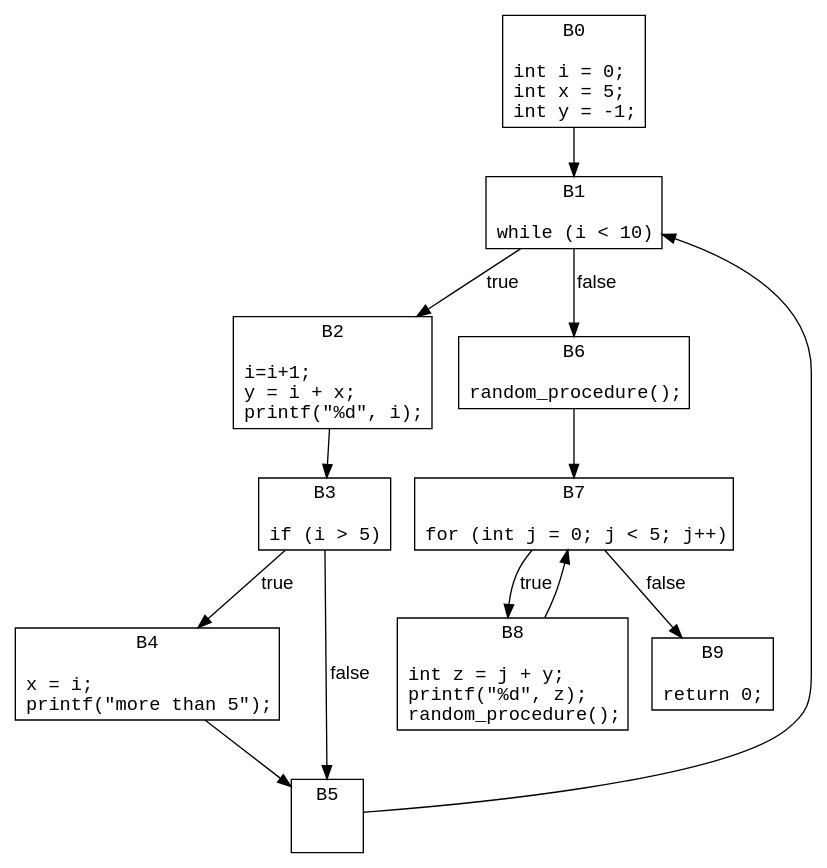
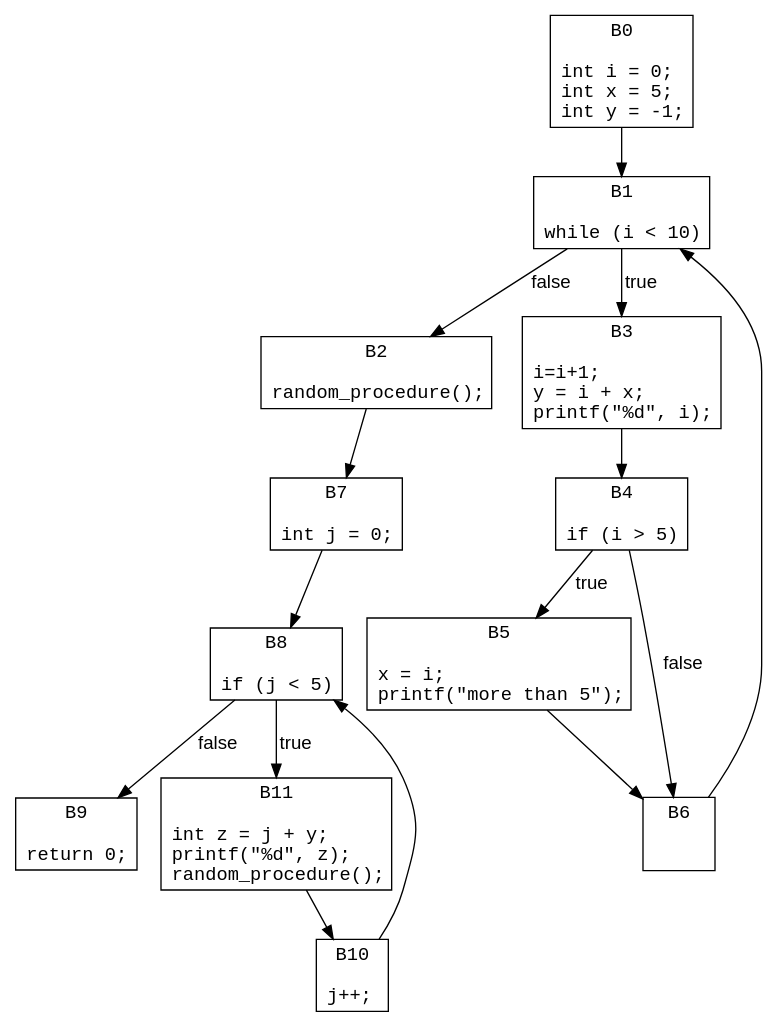
Before and after one commit to jsmaskeen/CS202-STTCSE: the diagram in results/simple.dot, drawn with Graphviz. The commit also changed 24 other files, not shown here.

```diff
--- a/results/simple.dot
+++ b/results/simple.dot
@@ -1,26 +1,30 @@
 digraph ControlFlowGraph {
     node [shape=box, fontname="Courier"];
     edge [fontname="Helvetica"];
     B0 [label="B0\n\lint i = 0;\lint x = 5;\lint y = -1;\l"];
     B1 [label="B1\n\lwhile (i < 10)\l"];
-    B2 [label="B2\n\li=i+1;\ly = i + x;\lprintf(\"%d\", i);\l"];
-    B3 [label="B3\n\lif (i > 5)\l"];
-    B4 [label="B4\n\lx = i;\lprintf(\"more than 5\");\l"];
-    B5 [label="B5\n\l\l"];
-    B6 [label="B6\n\lrandom_procedure();\l"];
-    B7 [label="B7\n\lfor (int j = 0; j < 5; j++)\l"];
-    B8 [label="B8\n\lint z = j + y;\lprintf(\"%d\", z);\lrandom_procedure();\l"];
+    B2 [label="B2\n\lrandom_procedure();\l"];
+    B3 [label="B3\n\li=i+1;\ly = i + x;\lprintf(\"%d\", i);\l"];
+    B4 [label="B4\n\lif (i > 5)\l"];
+    B5 [label="B5\n\lx = i;\lprintf(\"more than 5\");\l"];
+    B6 [label="B6\n\l\l"];
+    B7 [label="B7\n\lint j = 0;\l"];
+    B8 [label="B8\n\lif (j < 5)\l"];
     B9 [label="B9\n\lreturn 0;\l"];
+    B10 [label="B10\n\lj++;\l"];
+    B11 [label="B11\n\lint z = j + y;\lprintf(\"%d\", z);\lrandom_procedure();\l"];
     B0 -> B1;
-    B1 -> B2 [label="true"];
-    B1 -> B6 [label="false"];
-    B2 -> B3;
-    B3 -> B4 [label="true"];
-    B3 -> B5 [label="false"];
-    B4 -> B5;
-    B5 -> B1;
-    B6 -> B7;
-    B7 -> B8 [label="true"];
-    B7 -> B9 [label="false"];
-    B8 -> B7;
+    B1 -> B2 [label="false"];
+    B1 -> B3 [label="true"];
+    B2 -> B7;
+    B3 -> B4;
+    B4 -> B5 [label="true"];
+    B4 -> B6 [label="false"];
+    B5 -> B6;
+    B6 -> B1;
+    B7 -> B8;
+    B8 -> B9 [label="false"];
+    B8 -> B11 [label="true"];
+    B10 -> B8;
+    B11 -> B10;
 }
```
